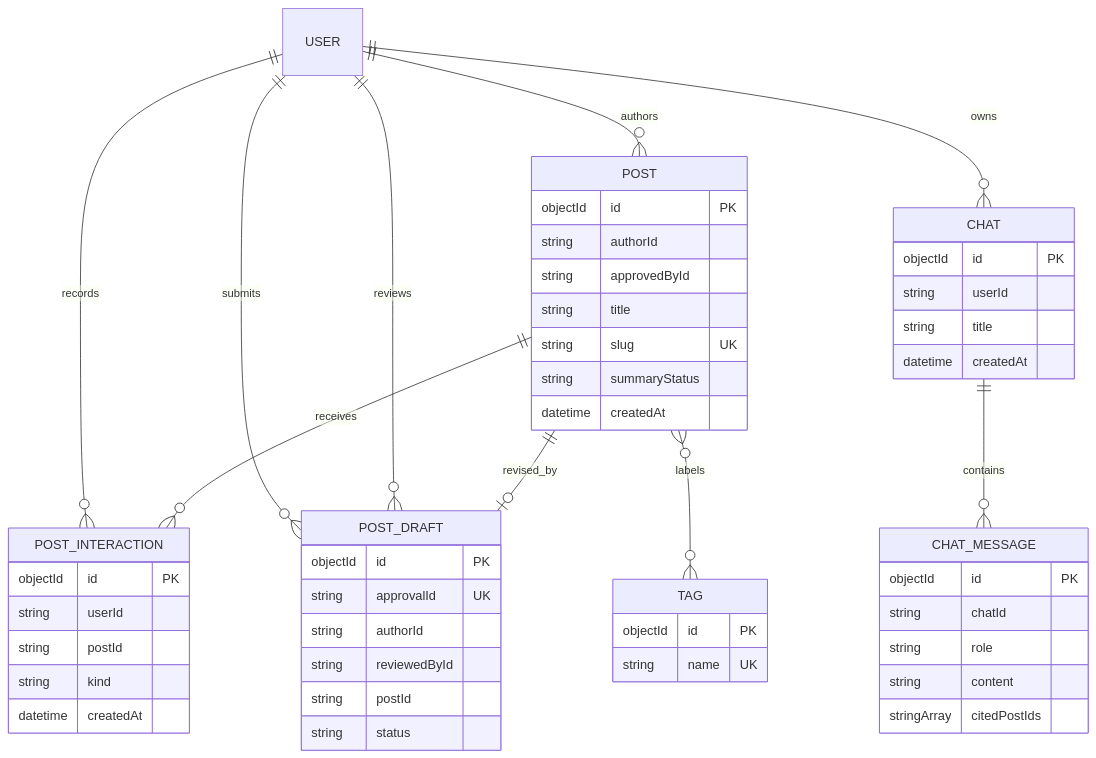
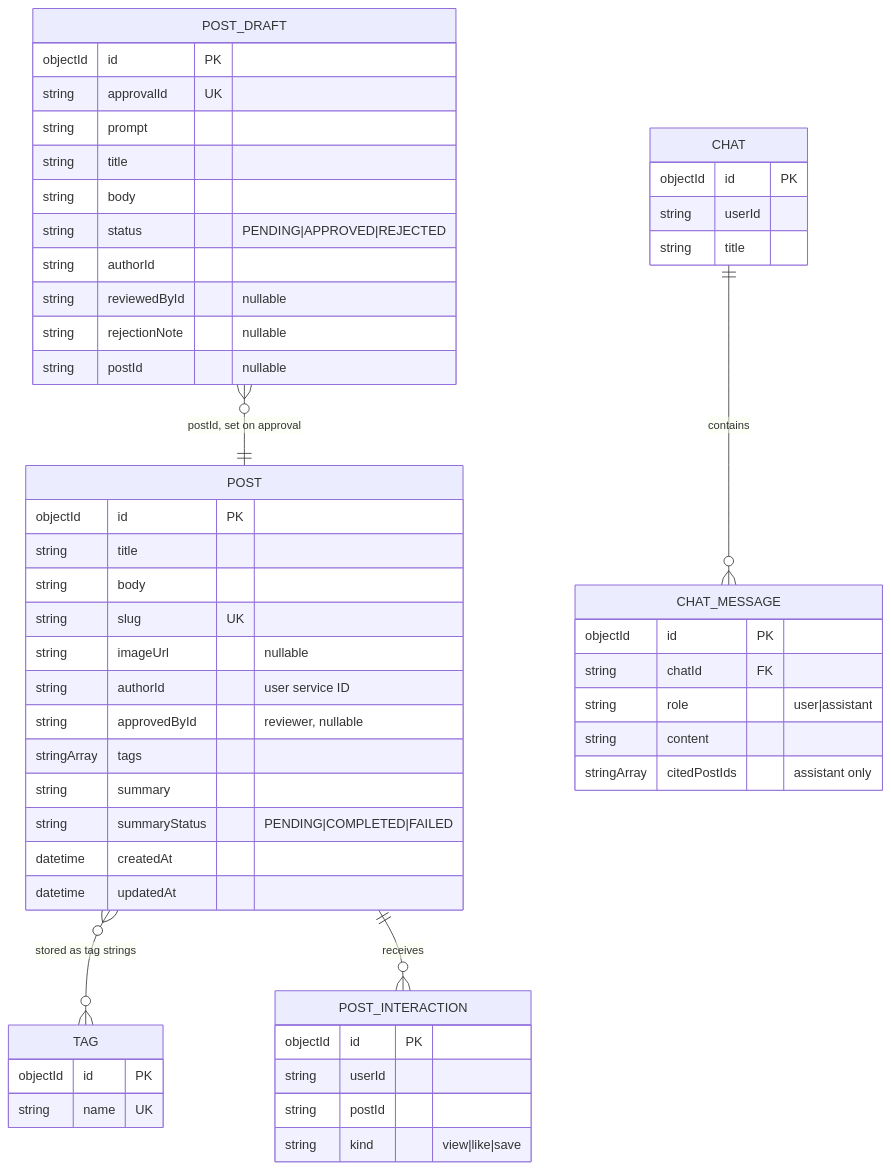
The diagram in services/content/docs/concepts/data-model.md (kunalPisolkar24/topos), drawn with Mermaid before and after one commit. The commit also changed other lines of this file and 17 other files, not shown here.

````diff
--- a/services/content/docs/concepts/data-model.md
+++ b/services/content/docs/concepts/data-model.md
@@ -7,54 +17,56 @@
 ```mermaid
 erDiagram
-    USER ||--o{ POST : authors
-    USER ||--o{ CHAT : owns
-    USER ||--o{ POST_DRAFT : submits
-    USER ||--o{ POST_DRAFT : reviews
-    USER ||--o{ POST_INTERACTION : records
-    POST ||--o{ POST_INTERACTION : receives
-    POST ||--o| POST_DRAFT : revised_by
-    CHAT ||--o{ CHAT_MESSAGE : contains
-    POST }o--o{ TAG : labels
-
     POST {
         objectId id PK
-        string authorId
-        string approvedById
         string title
+        string body
         string slug UK
-        string summaryStatus
+        string imageUrl "nullable"
+        string authorId "user service ID"
+        string approvedById "reviewer, nullable"
+        stringArray tags
+        string summary
+        string summaryStatus "PENDING|COMPLETED|FAILED"
         datetime createdAt
+        datetime updatedAt
     }
     TAG {
         objectId id PK
         string name UK
     }
+    POST_DRAFT {
+        objectId id PK
+        string approvalId UK
+        string prompt
+        string title
+        string body
+        string status "PENDING|APPROVED|REJECTED"
+        string authorId
+        string reviewedById "nullable"
+        string rejectionNote "nullable"
+        string postId "nullable"
+    }
     CHAT {
         objectId id PK
         string userId
         string title
-        datetime createdAt
     }
     CHAT_MESSAGE {
         objectId id PK
-        string chatId
-        string role
+        string chatId FK
+        string role "user|assistant"
         string content
-        stringArray citedPostIds
+        stringArray citedPostIds "assistant only"
     }
     POST_INTERACTION {
         objectId id PK
         string userId
         string postId
-        string kind
-        datetime createdAt
+        string kind "view|like|save"
     }
-    POST_DRAFT {
-        objectId id PK
-        string approvalId UK
-        string authorId
-        string reviewedById
-        string postId
-        string status
-    }
+
+    POST }o--o{ TAG : "stored as tag strings"
+    POST_DRAFT }o--|| POST : "postId, set on approval"
+    CHAT ||--o{ CHAT_MESSAGE : contains
+    POST ||--o{ POST_INTERACTION : receives
 ```
````
